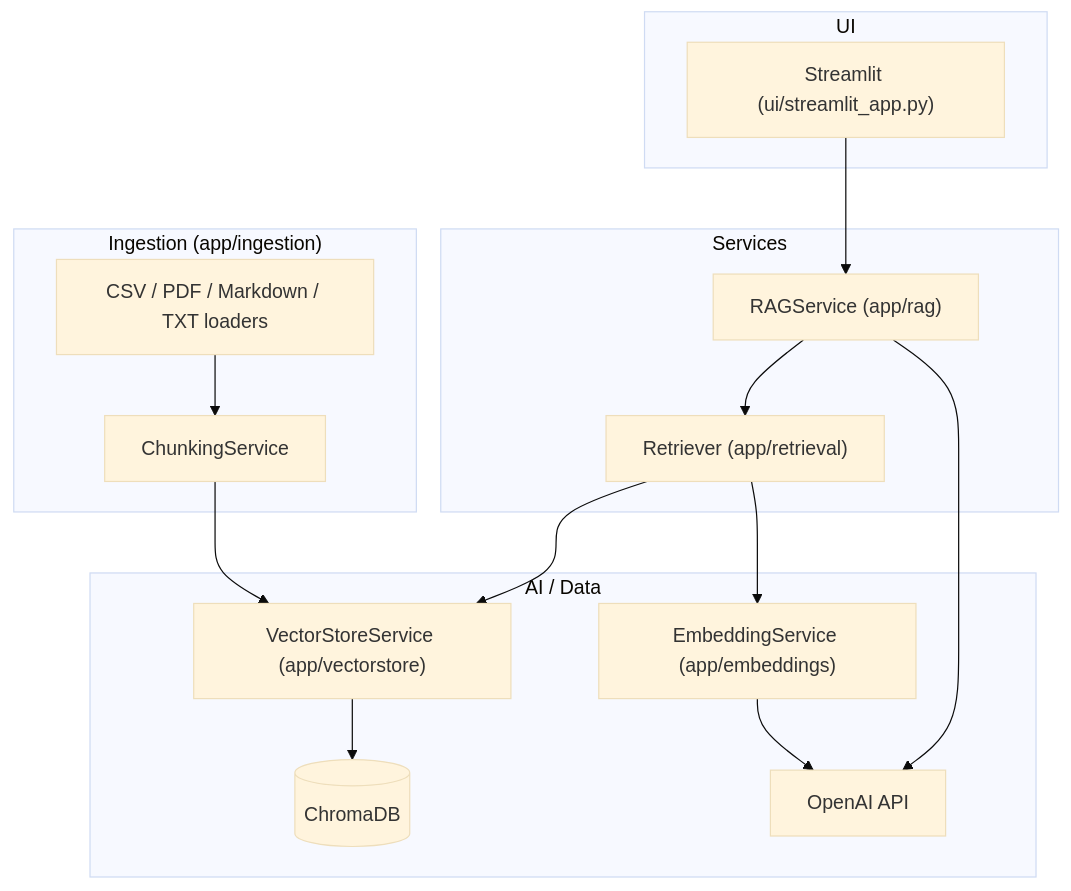
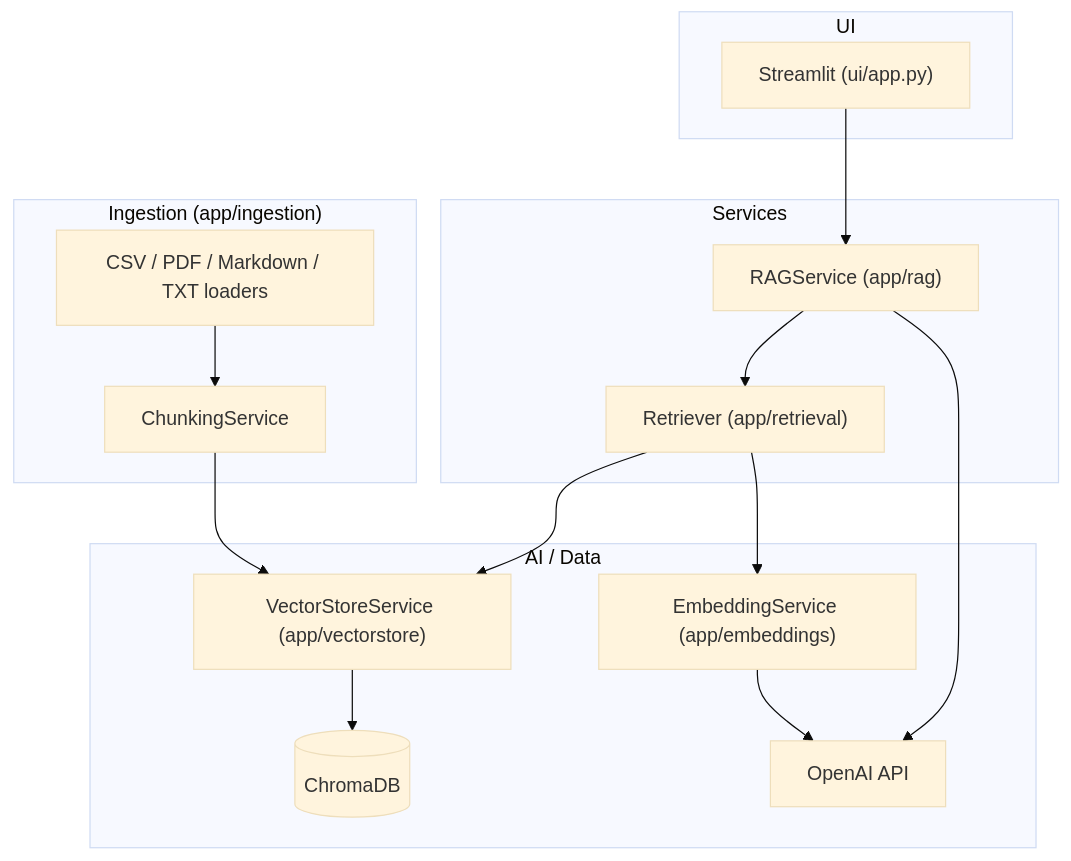
The first of 4 diagrams in README.md (bee-honey/ai-support-ticket-resolver), drawn with Mermaid (base theme) before and after one commit. The commit also changed other lines of this file and 14 other files, not shown here.

````diff
--- a/README.md
+++ b/README.md
@@ -62,29 +62,29 @@
 ```mermaid
 flowchart TD
     subgraph UI_Layer["UI"]
-        ST["Streamlit (ui/streamlit_app.py)"]
+        ST["Streamlit (ui/app.py)"]
     end
     subgraph Service_Layer["Services"]
         RAGSvc["RAGService (app/rag)"]
         RetrieverSvc["Retriever (app/retrieval)"]
     end
     subgraph AI_Layer["AI / Data"]
         EmbSvc["EmbeddingService (app/embeddings)"]
         VSSvc["VectorStoreService (app/vectorstore)"]
         Chroma[("ChromaDB")]
         OpenAI["OpenAI API"]
     end
     subgraph Ingestion_Layer["Ingestion (app/ingestion)"]
         Loaders["CSV / PDF / Markdown / TXT loaders"]
         Chunker["ChunkingService"]
     end
 
     ST --> RAGSvc
     RAGSvc --> RetrieverSvc
     RAGSvc --> OpenAI
     RetrieverSvc --> VSSvc
     RetrieverSvc --> EmbSvc
     EmbSvc --> OpenAI
     VSSvc --> Chroma
     Loaders --> Chunker --> VSSvc
 ```
````
